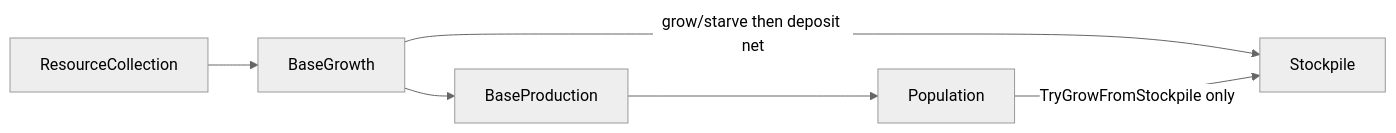
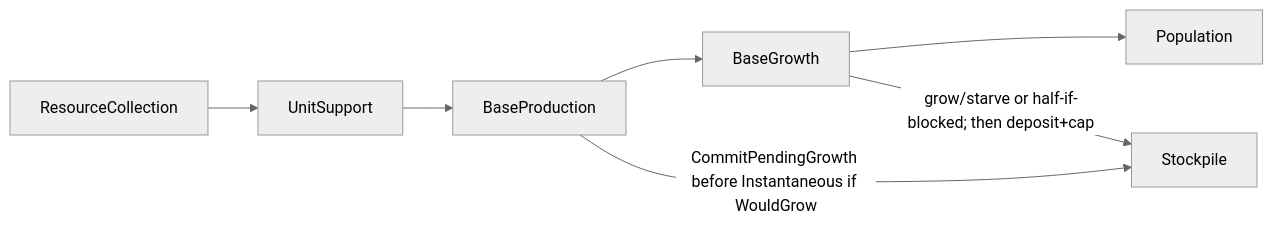
One commit to kilianloftis/alpha-centauri changed the diagram in .devin/plans/base_size_limits_3d42f552.plan.md. Above: the diagram before and after it, drawn with Mermaid (neutral theme). The commit also changed other lines of this file and 42 other files, not shown here.

````diff
--- a/.devin/plans/base_size_limits_3d42f552.plan.md
+++ b/.devin/plans/base_size_limits_3d42f552.plan.md
@@ -38,8 +47,9 @@
 ```mermaid
 flowchart LR
-  RC[ResourceCollection] --> BG[BaseGrowth]
-  BG --> BP[BaseProduction]
-  BP --> Pop[Population]
-  BG -->|"grow/starve then deposit net"| Stockpile
-  Pop -->|"TryGrowFromStockpile only"| Stockpile
+  RC[ResourceCollection] --> US[UnitSupport]
+  US --> BP[BaseProduction]
+  BP --> BG[BaseGrowth]
+  BG --> Pop[Population]
+  BP -->|"CommitPendingGrowth before Instantaneous if WouldGrow"| Stockpile
+  BG -->|"grow/starve or half-if-blocked; then deposit+cap"| Stockpile
 ```
````
